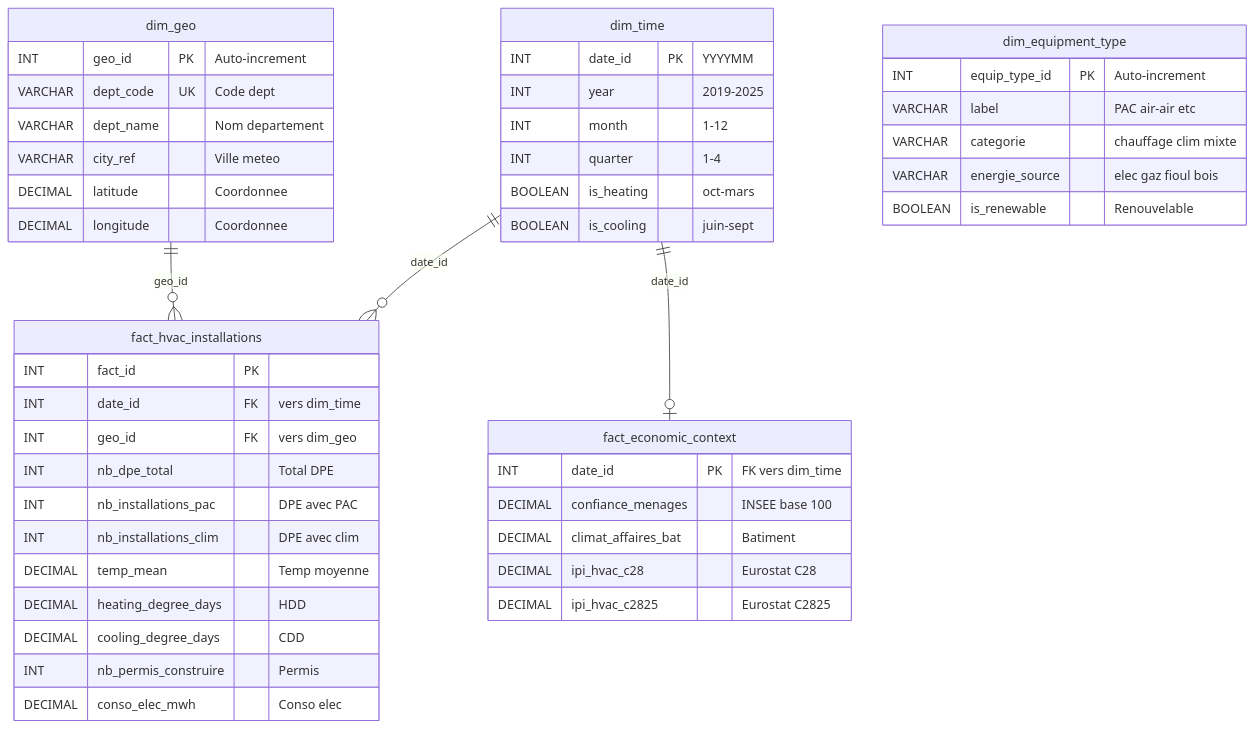
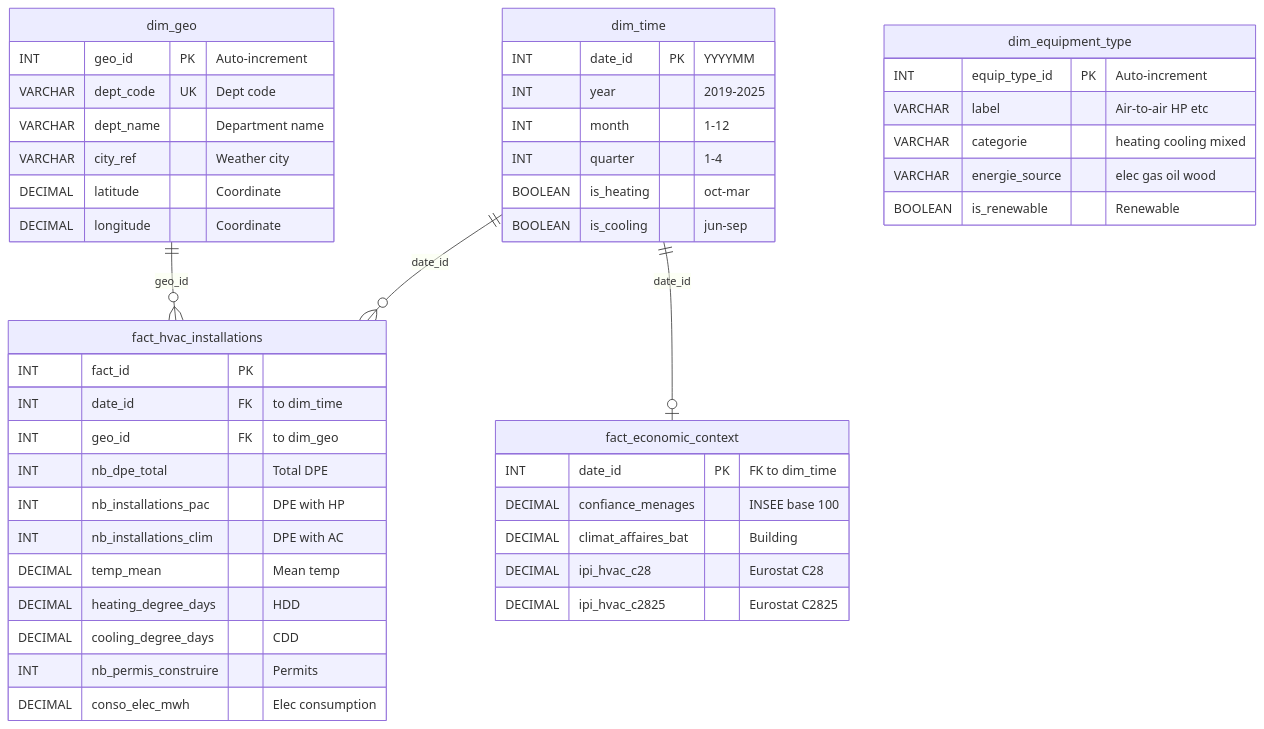
The diagram in docs/DATABASE_ARCHITECTURE.md (PDUCLOS/Projet-HVAC), drawn with Mermaid before and after one commit. The commit also changed other lines of this file and 2 other files, not shown here.

````diff
--- a/docs/DATABASE_ARCHITECTURE.md
+++ b/docs/DATABASE_ARCHITECTURE.md
@@ -13,54 +13,54 @@
 ```mermaid
 erDiagram
     dim_time ||--o{ fact_hvac_installations : "date_id"
     dim_geo ||--o{ fact_hvac_installations : "geo_id"
     dim_time ||--o| fact_economic_context : "date_id"
 
     dim_time {
         INT date_id PK "YYYYMM"
         INT year "2019-2025"
         INT month "1-12"
         INT quarter "1-4"
-        BOOLEAN is_heating "oct-mars"
-        BOOLEAN is_cooling "juin-sept"
+        BOOLEAN is_heating "oct-mar"
+        BOOLEAN is_cooling "jun-sep"
     }
 
     dim_geo {
         INT geo_id PK "Auto-increment"
-        VARCHAR dept_code UK "Code dept"
-        VARCHAR dept_name "Nom departement"
-        VARCHAR city_ref "Ville meteo"
-        DECIMAL latitude "Coordonnee"
-        DECIMAL longitude "Coordonnee"
+        VARCHAR dept_code UK "Dept code"
+        VARCHAR dept_name "Department name"
+        VARCHAR city_ref "Weather city"
+        DECIMAL latitude "Coordinate"
+        DECIMAL longitude "Coordinate"
     }
 
     dim_equipment_type {
         INT equip_type_id PK "Auto-increment"
-        VARCHAR label "PAC air-air etc"
-        VARCHAR categorie "chauffage clim mixte"
-        VARCHAR energie_source "elec gaz fioul bois"
-        BOOLEAN is_renewable "Renouvelable"
+        VARCHAR label "Air-to-air HP etc"
+        VARCHAR categorie "heating cooling mixed"
+        VARCHAR energie_source "elec gas oil wood"
+        BOOLEAN is_renewable "Renewable"
     }
 
     fact_hvac_installations {
         INT fact_id PK
-        INT date_id FK "vers dim_time"
-        INT geo_id FK "vers dim_geo"
+        INT date_id FK "to dim_time"
+        INT geo_id FK "to dim_geo"
         INT nb_dpe_total "Total DPE"
-        INT nb_installations_pac "DPE avec PAC"
-        INT nb_installations_clim "DPE avec clim"
-        DECIMAL temp_mean "Temp moyenne"
+        INT nb_installations_pac "DPE with HP"
+        INT nb_installations_clim "DPE with AC"
+        DECIMAL temp_mean "Mean temp"
         DECIMAL heating_degree_days "HDD"
         DECIMAL cooling_degree_days "CDD"
-        INT nb_permis_construire "Permis"
-        DECIMAL conso_elec_mwh "Conso elec"
+        INT nb_permis_construire "Permits"
+        DECIMAL conso_elec_mwh "Elec consumption"
     }
 
     fact_economic_context {
-        INT date_id PK "FK vers dim_time"
+        INT date_id PK "FK to dim_time"
         DECIMAL confiance_menages "INSEE base 100"
-        DECIMAL climat_affaires_bat "Batiment"
+        DECIMAL climat_affaires_bat "Building"
         DECIMAL ipi_hvac_c28 "Eurostat C28"
         DECIMAL ipi_hvac_c2825 "Eurostat C2825"
     }
 ```
````
